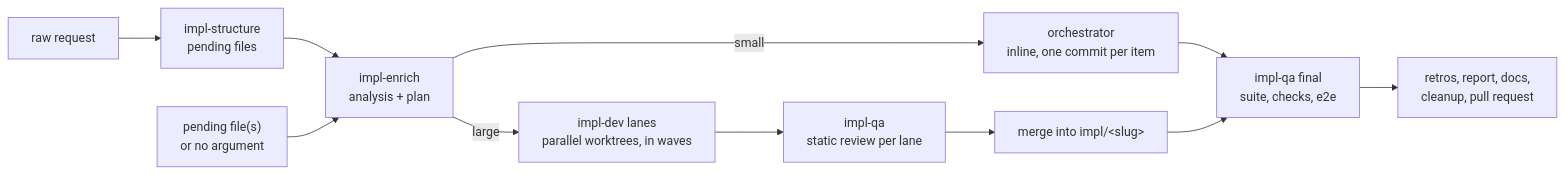
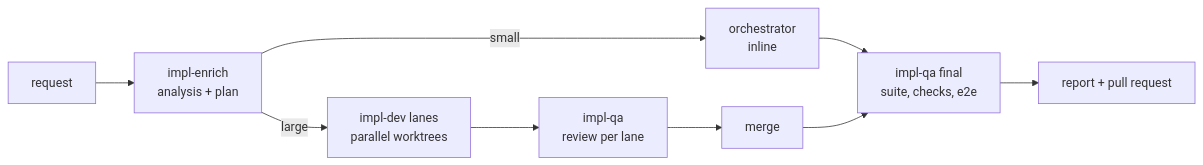
The diagram in README.md (Walter-Dalla/wh-harness), drawn with Mermaid before and after one commit. The commit also changed other lines of this file and 7 other files, not shown here.

````diff
--- a/README.md
+++ b/README.md
@@ -45,13 +83,11 @@
 ```mermaid
 flowchart LR
-  R["raw request"] --> S["impl-structure<br/>pending files"]
-  S --> E["impl-enrich<br/>analysis + plan"]
-  PF["pending file(s)<br/>or no argument"] --> E
-  E -- "small" --> I["orchestrator<br/>inline, one commit per item"]
-  E -- "large" --> L["impl-dev lanes<br/>parallel worktrees, in waves"]
-  L --> Q["impl-qa<br/>static review per lane"]
-  Q --> M["merge into impl/&lt;slug&gt;"]
+  R["request"] --> E["impl-enrich<br/>analysis + plan"]
+  E -- "small" --> I["orchestrator<br/>inline"]
+  E -- "large" --> L["impl-dev lanes<br/>parallel worktrees"]
+  L --> Q["impl-qa<br/>review per lane"]
+  Q --> M["merge"]
   I --> F["impl-qa final<br/>suite, checks, e2e"]
   M --> F
-  F --> P["retros, report, docs,<br/>cleanup, pull request"]
+  F --> P["report + pull request"]
 ```
````
